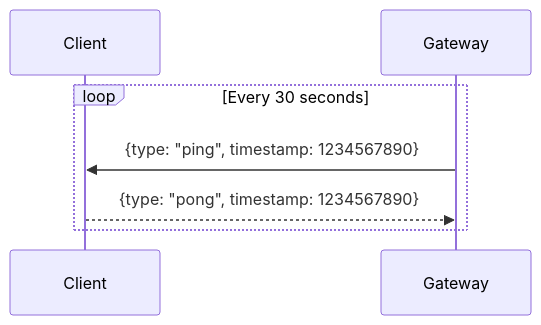
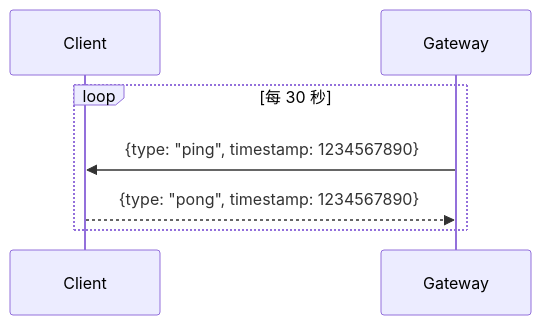
One commit to a576378368/openclaw_docs changed the fourth of 5 diagrams in docs/zh/architecture-book/part-4-gateway-protocol/02-ws-transport.md. Above: the diagram before and after it, drawn with Mermaid. The commit also changed other lines of this file and 4 other files, not shown here.

````diff
--- a/docs/zh/architecture-book/part-4-gateway-protocol/02-ws-transport.md
+++ b/docs/zh/architecture-book/part-4-gateway-protocol/02-ws-transport.md
@@ -199,10 +199,10 @@
 ```mermaid
 sequenceDiagram
     participant Client
     participant Gateway
 
-    loop Every 30 seconds
+    loop 每 30 秒
         Gateway->>Client: {type: "ping", timestamp: 1234567890}
         Client-->>Gateway: {type: "pong", timestamp: 1234567890}
     end
 ```
````
